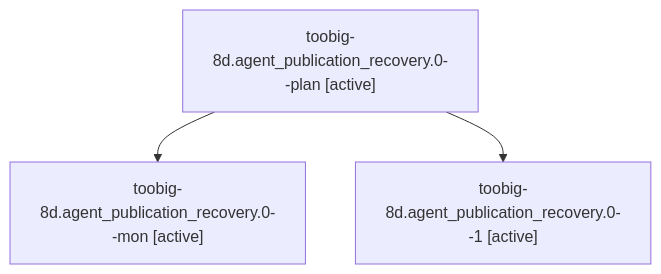
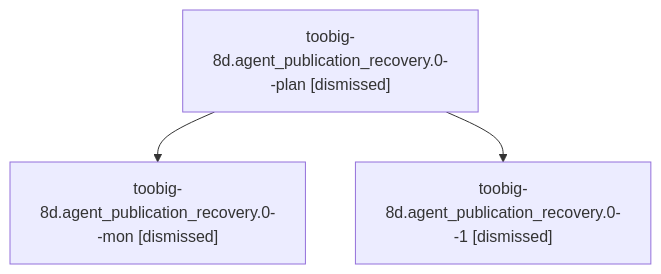
Before and after one commit to sase-org/sase--agents: the diagram in sessions/bbugyi200.athena.toobig-8d.agent_publication_recovery.0.md, drawn with Mermaid. The commit also changed other lines of this file and 37 other files, not shown here.

````diff
--- a/sessions/bbugyi200.athena.toobig-8d.agent_publication_recovery.0.md
+++ b/sessions/bbugyi200.athena.toobig-8d.agent_publication_recovery.0.md
@@ -9,8 +9,8 @@
 ```mermaid
 flowchart TD
-  n0["toobig-8d.agent_publication_recovery.0--plan [active]"]
-  n1["toobig-8d.agent_publication_recovery.0--mon [active]"]
+  n0["toobig-8d.agent_publication_recovery.0--plan [dismissed]"]
+  n1["toobig-8d.agent_publication_recovery.0--mon [dismissed]"]
   n0 --> n1
-  n2["toobig-8d.agent_publication_recovery.0--1 [active]"]
+  n2["toobig-8d.agent_publication_recovery.0--1 [dismissed]"]
   n0 --> n2
 ```
````
